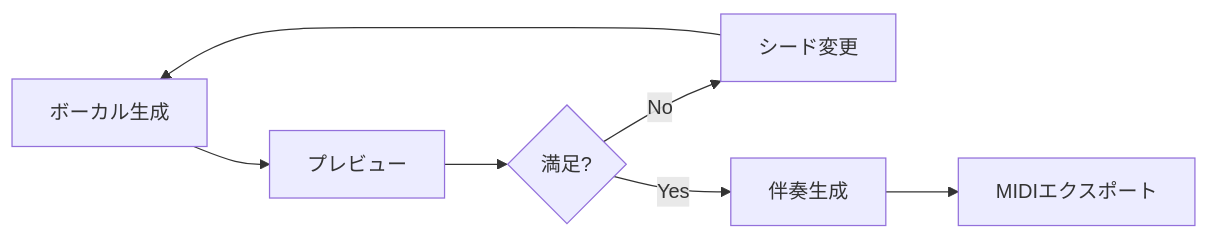
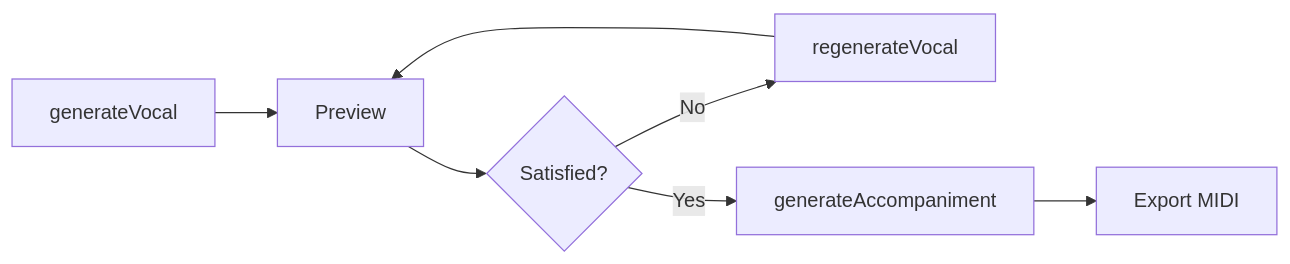
The diagram in src/ja/docs/features.md (libraz/midi-sketch-homepage), drawn with Mermaid before and after one commit. The commit also changed other lines of this file and 24 other files, not shown here.

````diff
--- a/src/ja/docs/features.md
+++ b/src/ja/docs/features.md
@@ -209,9 +290,9 @@
 ```mermaid
 flowchart LR
-    A[ボーカル生成] --> B[プレビュー]
-    B --> C{満足?}
-    C -->|No| D[シード変更]
-    D --> A
-    C -->|Yes| E[伴奏生成]
-    E --> F[MIDIエクスポート]
+    A[generateVocal] --> B[Preview]
+    B --> C{Satisfied?}
+    C -->|No| D[regenerateVocal]
+    D --> B
+    C -->|Yes| E[generateAccompaniment]
+    E --> F[Export MIDI]
 ```
````
